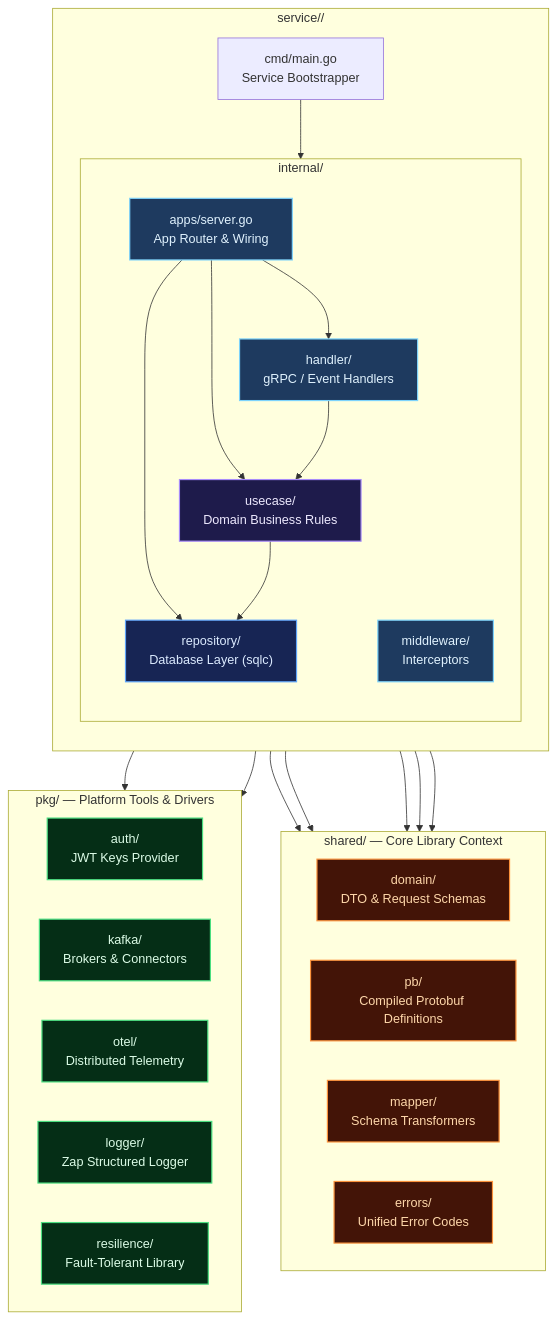
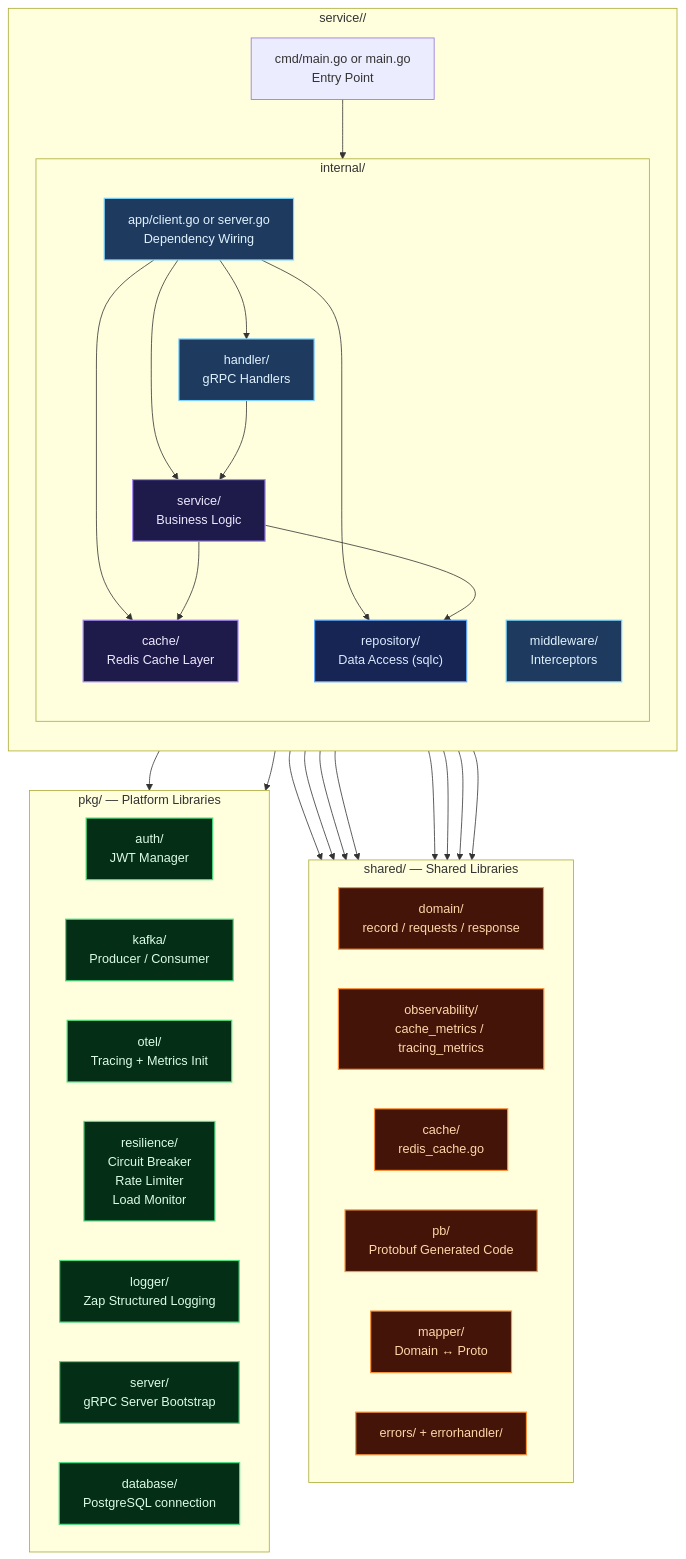
One commit to renaldyhidayatt/renaldyhidayatt.github.io changed the third of 8 diagrams in src/content/portfolio/microservice-payment-gateway.mdx. Above: the diagram before and after it, drawn with Mermaid. The commit also changed other lines of this file and 19 other files, not shown here.

Commit message:
refactor: overhaul project documentation with detailed architectural summaries and expanded domain-driven service specifications

````diff
--- a/src/content/portfolio/microservice-payment-gateway.mdx
+++ b/src/content/portfolio/microservice-payment-gateway.mdx
@@ -219,55 +234,65 @@
 ```mermaid
 graph TB
     classDef handler fill:#1e3a5f,stroke:#7dd3fc,color:#e0f2fe,stroke-width:1.5px
     classDef service fill:#1e1b4b,stroke:#a78bfa,color:#ede9fe,stroke-width:1.5px
     classDef repo fill:#172554,stroke:#60a5fa,color:#dbeafe,stroke-width:1.5px
     classDef infra fill:#052e16,stroke:#4ade80,color:#dcfce7,stroke-width:1.5px
     classDef shared fill:#431407,stroke:#fb923c,color:#fed7aa,stroke-width:1.5px
 
     subgraph Service["service/<name>/"]
         direction TB
 
-        CMD["cmd/main.go<br/>Service Bootstrapper"]
+        CMD["cmd/main.go or main.go<br/>Entry Point"]
 
         subgraph Internal["internal/"]
             direction TB
-            APPS["apps/server.go<br/>App Router & Wiring"]:::handler
-            HANDLER["handler/<br/>gRPC / Event Handlers"]:::handler
+            APPS["app/client.go or server.go<br/>Dependency Wiring"]:::handler
+            HANDLER["handler/<br/>gRPC Handlers"]:::handler
             MW["middleware/<br/>Interceptors"]:::handler
-            UC["usecase/<br/>Domain Business Rules"]:::service
-            REPO["repository/<br/>Database Layer (sqlc)"]:::repo
+            SVC["service/<br/>Business Logic"]:::service
+            CACHE["cache/<br/>Redis Cache Layer"]:::service
+            REPO["repository/<br/>Data Access (sqlc)"]:::repo
         end
 
         CMD --> APPS
         APPS --> HANDLER
-        APPS --> UC
+        APPS --> SVC
+        APPS --> CACHE
         APPS --> REPO
-        HANDLER --> UC
-        UC --> REPO
+        HANDLER --> SVC
+        SVC --> REPO
+        SVC --> CACHE
     end
 
-    subgraph SharedLibs["shared/ — Core Library Context"]
+    subgraph SharedLibs["shared/ — Shared Libraries"]
         direction LR
-        DOMAIN["domain/<br/>DTO & Request Schemas"]:::shared
-        PB["pb/<br/>Compiled Protobuf Definitions"]:::shared
-        MAPPER["mapper/<br/>Schema Transformers"]:::shared
-        ERRORS["errors/<br/>Unified Error Codes"]:::shared
+        DOMAIN["domain/<br/>record / requests / response"]:::shared
+        OBS["observability/<br/>cache_metrics / tracing_metrics"]:::shared
+        CACHESHARED["cache/<br/>redis_cache.go"]:::shared
+        PB["pb/<br/>Protobuf Generated Code"]:::shared
+        MAPPER["mapper/<br/>Domain ↔ Proto"]:::shared
+        ERRORS["errors/ + errorhandler/"]:::shared
     end
 
-    subgraph PkgLibs["pkg/ — Platform Tools & Drivers"]
+    subgraph PkgLibs["pkg/ — Platform Libraries"]
         direction LR
-        PKGAUTH["auth/<br/>JWT Keys Provider"]:::infra
-        PKGKAFKA["kafka/<br/>Brokers & Connectors"]:::infra
-        PKGOTEL["otel/<br/>Distributed Telemetry"]:::infra
-        PKGLOG["logger/<br/>Zap Structured Logger"]:::infra
-        PKGRES["resilience/<br/>Fault-Tolerant Library"]:::infra
+        PKGAUTH["auth/<br/>JWT Manager"]:::infra
+        PKGKAFKA["kafka/<br/>Producer / Consumer"]:::infra
+        PKGOTEL["otel/<br/>Tracing + Metrics Init"]:::infra
+        PKGRES["resilience/<br/>Circuit Breaker<br/>Rate Limiter<br/>Load Monitor"]:::infra
+        PKGLOG["logger/<br/>Zap Structured Logging"]:::infra
+        PKGSRV["server/<br/>gRPC Server Bootstrap"]:::infra
+        PKGDB["database/<br/>PostgreSQL connection"]:::infra
     end
 
     REPO --> DOMAIN
     REPO --> PB
-    UC --> DOMAIN
+    SVC --> DOMAIN
+    SVC --> OBS
     HANDLER --> PB
     HANDLER --> MAPPER
+    APPS --> PKGSRV
     APPS --> PKGOTEL
-    APPS --> PKGRES
+    APPS --> CACHESHARED
+    APPS --> OBS
 ```
````
